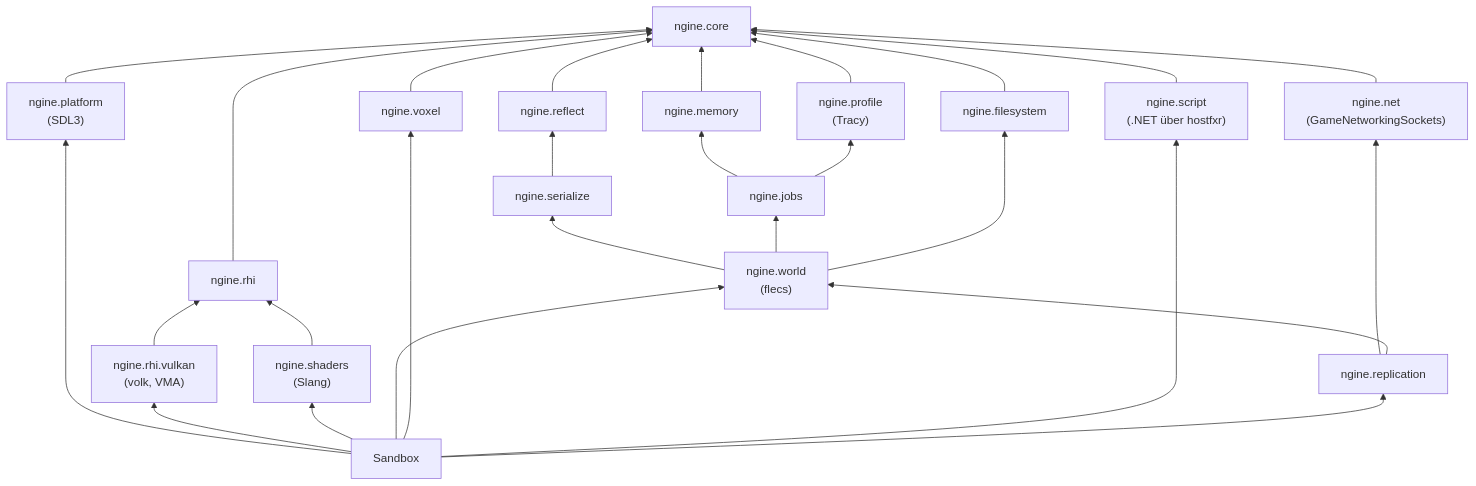
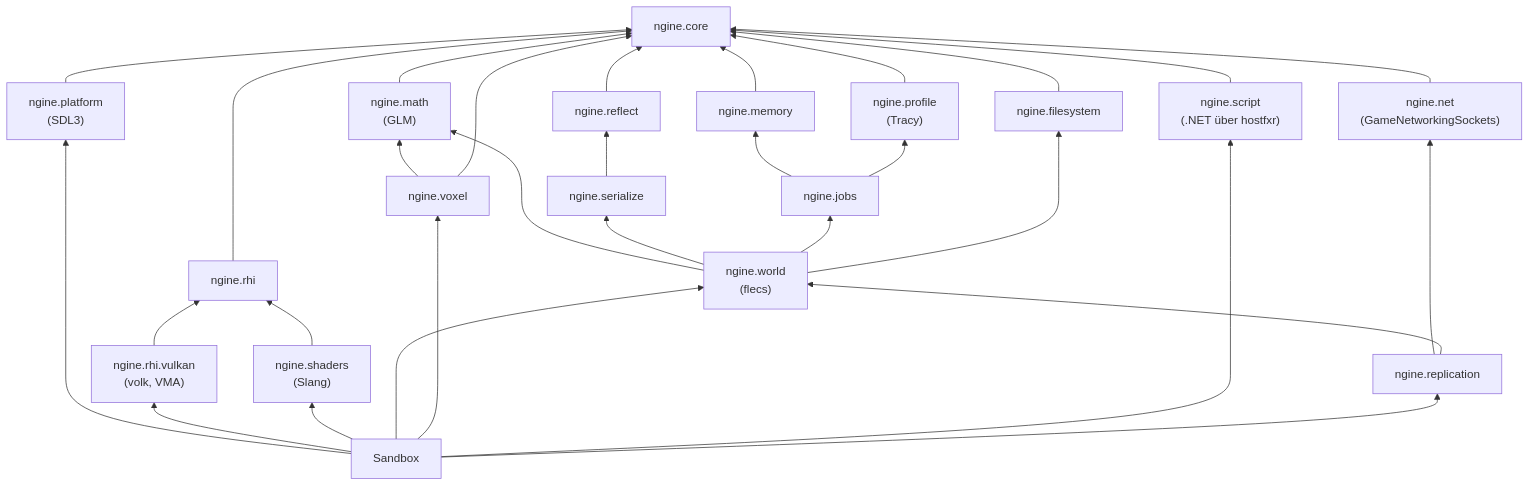
Before and after one commit to viiez/ngine: the second of 10 diagrams in docs/architecture.md, drawn with Mermaid. The commit also changed other lines of this file and 38 other files, not shown here.

````diff
--- a/docs/architecture.md
+++ b/docs/architecture.md
@@ -47,46 +48,50 @@
 ```mermaid
 flowchart BT
     core["ngine.core"]
     memory["ngine.memory"]
     jobs["ngine.jobs"]
     profile["ngine.profile<br/>(Tracy)"]
     platform["ngine.platform<br/>(SDL3)"]
     rhi["ngine.rhi"]
     vulkan["ngine.rhi.vulkan<br/>(volk, VMA)"]
     shaders["ngine.shaders<br/>(Slang)"]
     fs["ngine.filesystem"]
     reflect["ngine.reflect"]
     serialize["ngine.serialize"]
     world["ngine.world<br/>(flecs)"]
     voxel["ngine.voxel"]
     script["ngine.script<br/>(.NET über hostfxr)"]
     net["ngine.net<br/>(GameNetworkingSockets)"]
     replication["ngine.replication"]
     sandbox["Sandbox"]
+    math["ngine.math<br/>(GLM)"]
+    math --> core
+    world --> math
+    voxel --> math
     fs --> core
     reflect --> core
     serialize --> reflect
     world --> serialize
     world --> jobs
     world --> fs
     memory --> core
     jobs --> memory
     jobs --> profile
     profile --> core
     platform --> core
     rhi --> core
     vulkan --> rhi
     shaders --> rhi
     sandbox --> platform
     sandbox --> vulkan
     sandbox --> shaders
     sandbox --> world
     voxel --> core
     sandbox --> voxel
     script --> core
     sandbox --> script
     net --> core
     replication --> net
     replication --> world
     sandbox --> replication
 ```
````
